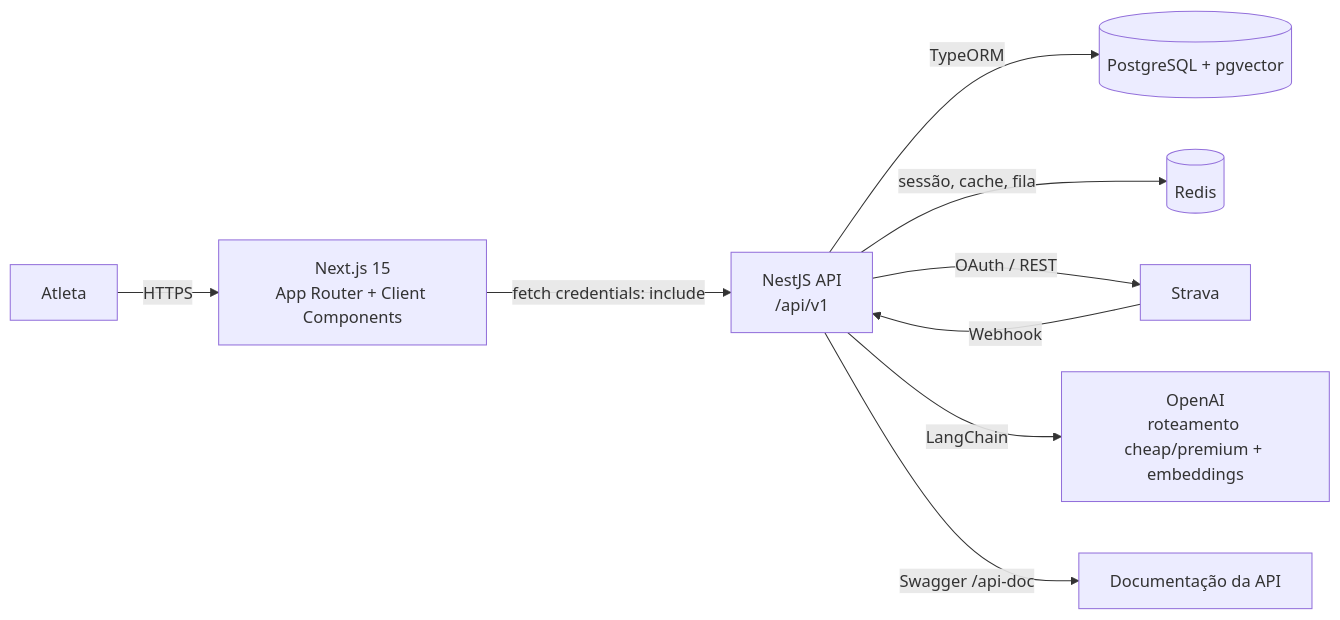
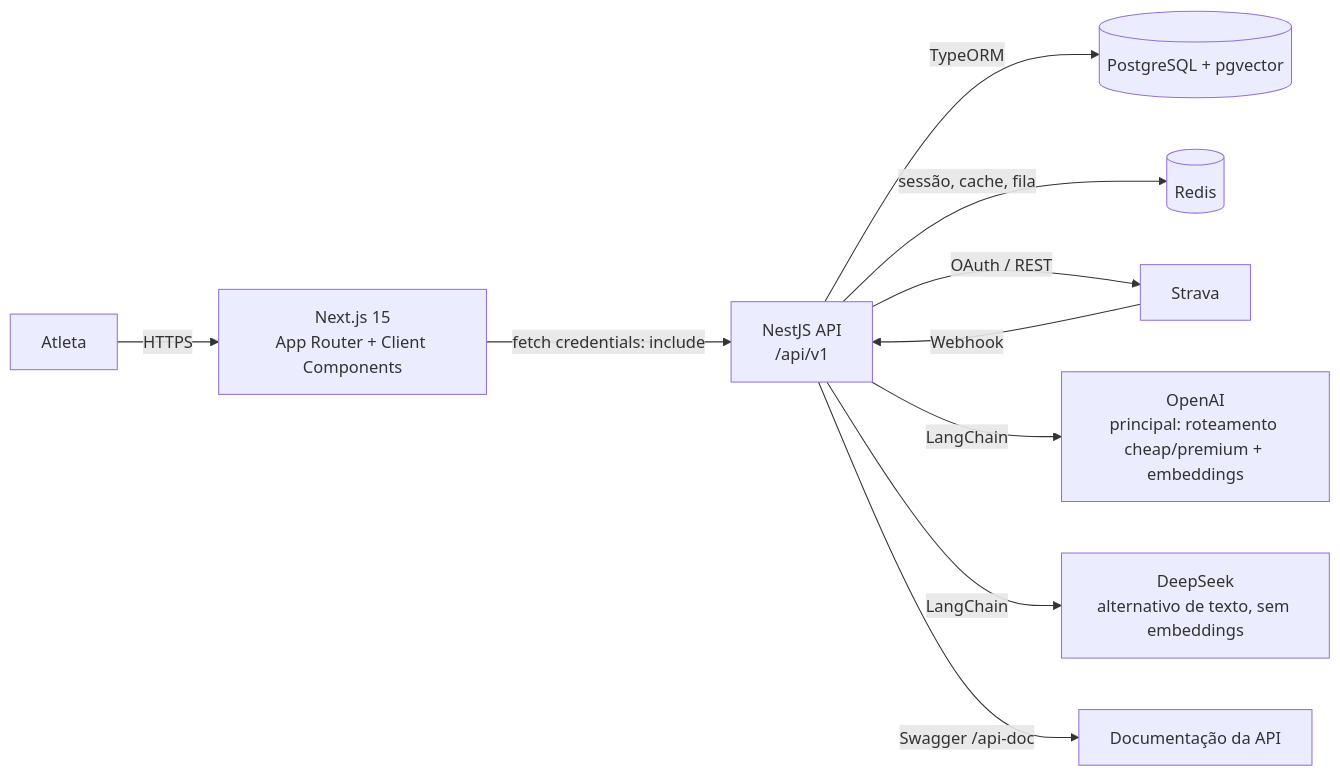
Before and after one commit to Gianneves/veltra-frontend: the first of 2 diagrams in docs/hld.md, drawn with Mermaid. The commit also changed other lines of this file and 3 other files, not shown here.

Commit message:
docs: plan the DeepSeek fallback (F04-T02)

````diff
--- a/docs/hld.md
+++ b/docs/hld.md
@@ -66,11 +66,12 @@
 ```mermaid
 flowchart LR
   A[Atleta] -->|HTTPS| F[Next.js 15<br/>App Router + Client Components]
   F -->|fetch credentials: include| B[NestJS API<br/>/api/v1]
   B -->|TypeORM| P[(PostgreSQL + pgvector)]
   B -->|sessão, cache, fila| R[(Redis)]
   B -->|OAuth / REST| S[Strava]
   S -->|Webhook| B
-  B -->|LangChain| O[OpenAI<br/>roteamento cheap/premium + embeddings]
+  B -->|LangChain| O[OpenAI<br/>principal: roteamento cheap/premium + embeddings]
+  B -->|LangChain| O2[DeepSeek<br/>alternativo de texto, sem embeddings]
   B -->|Swagger /api-doc| D[Documentação da API]
 ```
````
